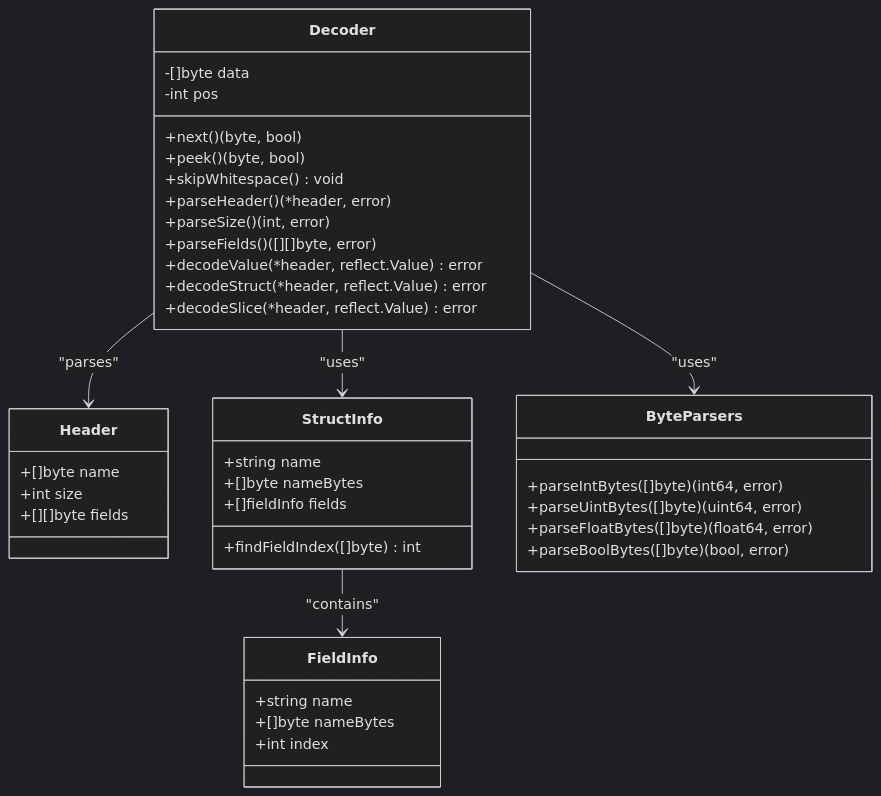
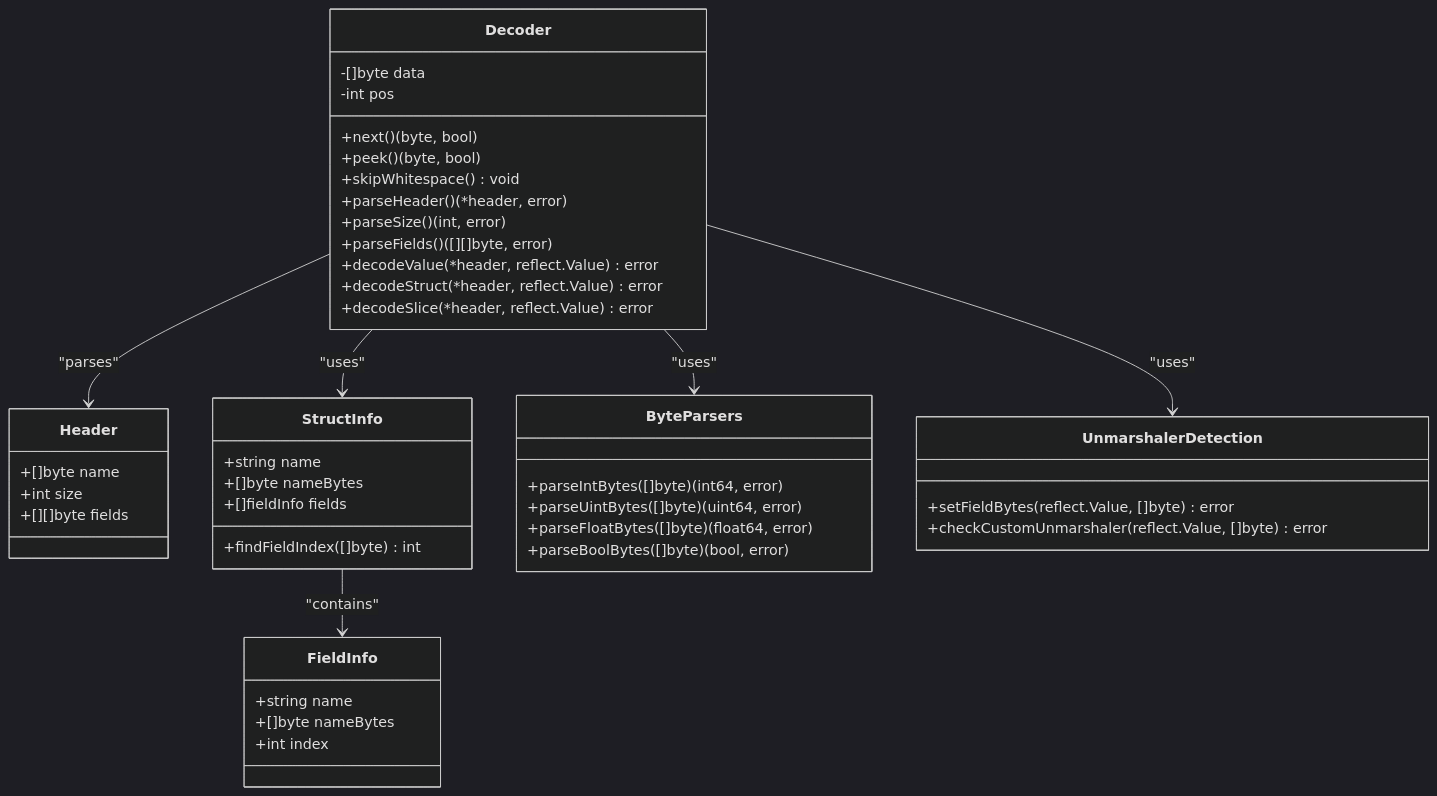
The third of 17 diagrams in .qoder/repowiki/en/content/Decoder Engine.md (OTumanov/go-toon), drawn with Mermaid (dark theme) before and after one commit. The commit also changed other lines of this file and 11 other files, not shown here.

First line of the commit message:
feat: add Pre-flight Schema + Token Calculator to toongen

````diff
--- a/.qoder/repowiki/en/content/Decoder Engine.md
+++ b/.qoder/repowiki/en/content/Decoder Engine.md
@@ -191,42 +262,47 @@
 ```mermaid
 classDiagram
 class Decoder {
 -[]byte data
 -int pos
 +next() (byte, bool)
 +peek() (byte, bool)
 +skipWhitespace() void
 +parseHeader() (*header, error)
 +parseSize() (int, error)
 +parseFields() ([][]byte, error)
 +decodeValue(*header, reflect.Value) error
 +decodeStruct(*header, reflect.Value) error
 +decodeSlice(*header, reflect.Value) error
 }
 class Header {
 +[]byte name
 +int size
 +[][]byte fields
 }
 class StructInfo {
 +string name
 +[]byte nameBytes
 +[]fieldInfo fields
 +findFieldIndex([]byte) int
 }
 class FieldInfo {
 +string name
 +[]byte nameBytes
 +int index
 }
 class ByteParsers {
 +parseIntBytes([]byte) (int64, error)
 +parseUintBytes([]byte) (uint64, error)
 +parseFloatBytes([]byte) (float64, error)
 +parseBoolBytes([]byte) (bool, error)
 }
+class UnmarshalerDetection {
++setFieldBytes(reflect.Value, []byte) error
++checkCustomUnmarshaler(reflect.Value, []byte) error
+}
 Decoder --> Header : "parses"
 Decoder --> StructInfo : "uses"
 StructInfo --> FieldInfo : "contains"
 Decoder --> ByteParsers : "uses"
+Decoder --> UnmarshalerDetection : "uses"
 ```
````
